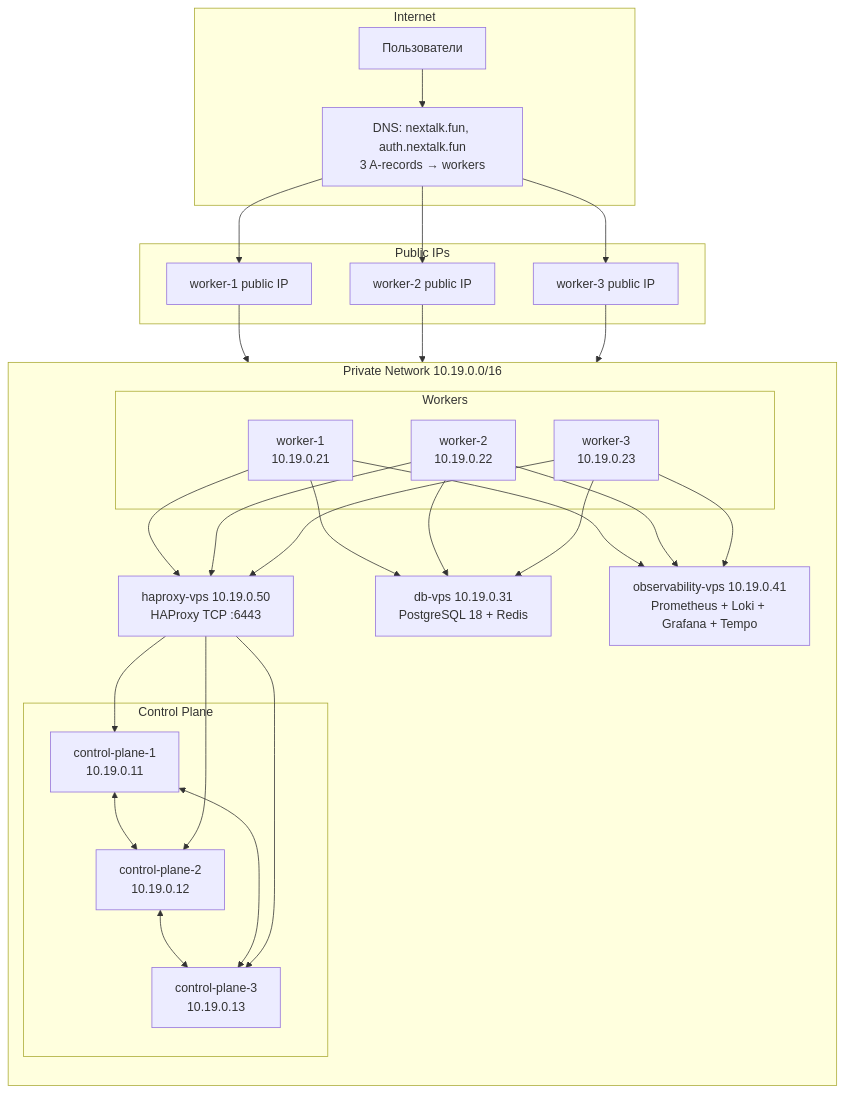
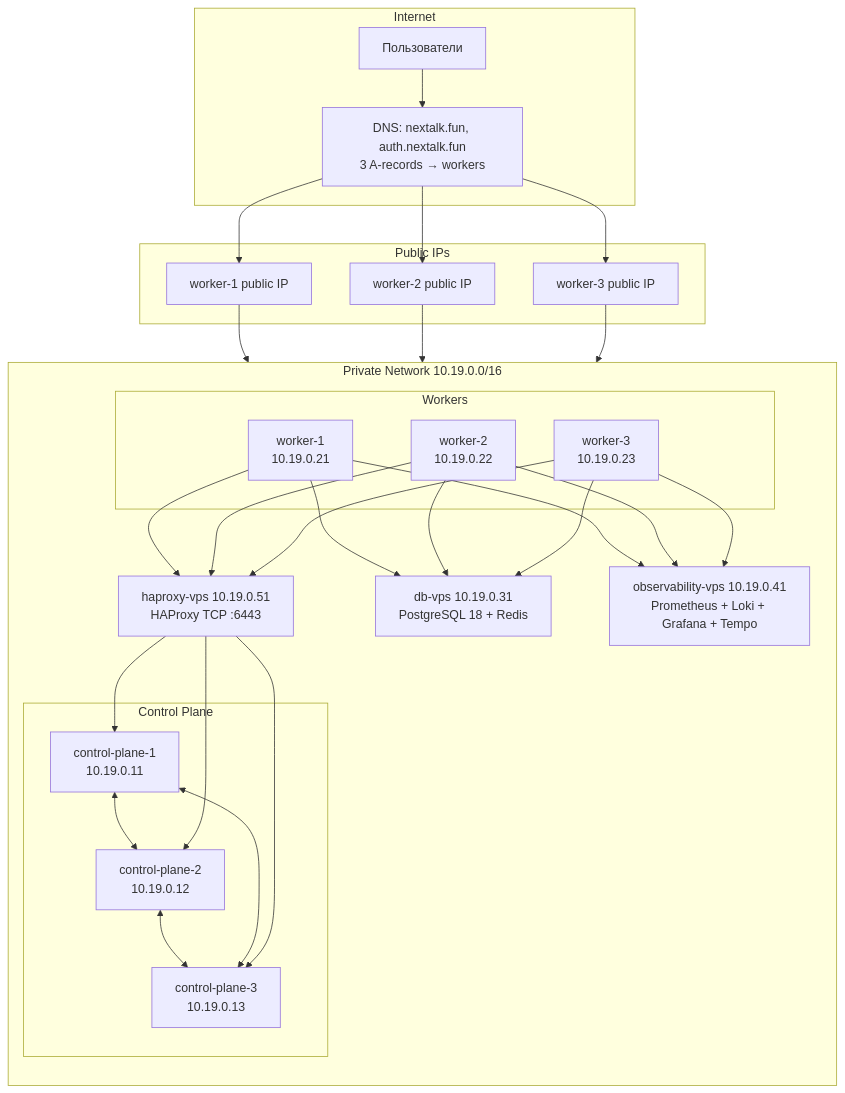
The diagram in docs/deployment.md (nextalkhub/NexTalk), drawn with Mermaid before and after one commit. The commit also changed other lines of this file, not shown here.

Commit message:
infra: haproxy-vps ip 10.19.0.51

````diff
--- a/docs/deployment.md
+++ b/docs/deployment.md
@@ -59,58 +59,58 @@
 ```mermaid
 graph TB
     subgraph "Internet"
         U[Пользователи]
         DNS["DNS: nextalk.fun, auth.nextalk.fun<br/>3 A-records → workers"]
     end
 
     subgraph "Public IPs"
         W1Pub["worker-1 public IP"]
         W2Pub["worker-2 public IP"]
         W3Pub["worker-3 public IP"]
     end
 
     subgraph "Private Network 10.19.0.0/16"
         direction TB
 
-        LB["haproxy-vps 10.19.0.50<br/>HAProxy TCP :6443"]
+        LB["haproxy-vps 10.19.0.51<br/>HAProxy TCP :6443"]
 
         subgraph "Control Plane"
             M1["control-plane-1<br/>10.19.0.11"]
             M2["control-plane-2<br/>10.19.0.12"]
             M3["control-plane-3<br/>10.19.0.13"]
             M1 <--> M2
             M2 <--> M3
             M1 <--> M3
         end
 
         subgraph "Workers"
             W1["worker-1<br/>10.19.0.21"]
             W2["worker-2<br/>10.19.0.22"]
             W3["worker-3<br/>10.19.0.23"]
         end
 
         DB["db-vps 10.19.0.31<br/>PostgreSQL 18 + Redis"]
         OBS["observability-vps 10.19.0.41<br/>Prometheus + Loki + Grafana + Tempo"]
 
         LB --> M1
         LB --> M2
         LB --> M3
         W1 --> LB
         W2 --> LB
         W3 --> LB
         W1 --> DB
         W2 --> DB
         W3 --> DB
         W1 --> OBS
         W2 --> OBS
         W3 --> OBS
     end
 
     U --> DNS
     DNS --> W1Pub
     DNS --> W2Pub
     DNS --> W3Pub
     W1Pub --> W1
     W2Pub --> W2
     W3Pub --> W3
 ```
````
